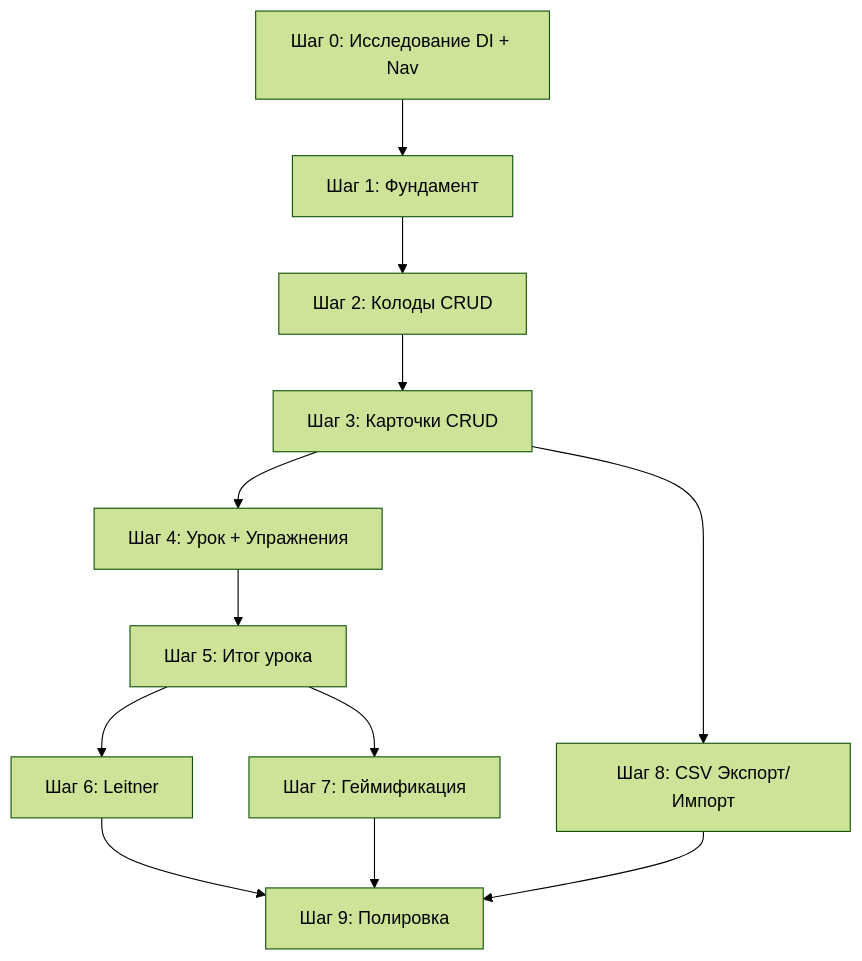
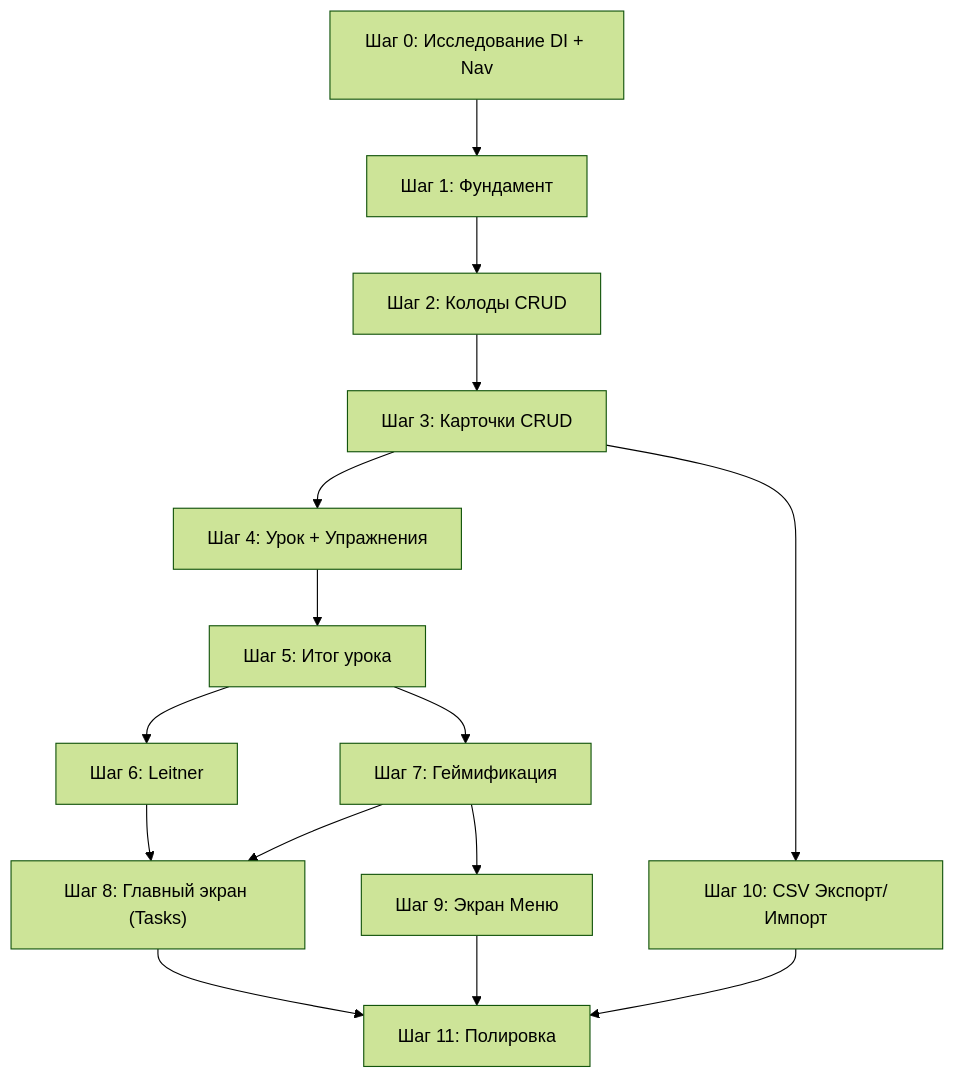
The second of 2 diagrams in docs/MASTER_PLAN.md (PavkaBrika/Repetrail-KMP), drawn with Mermaid (forest theme) before and after one commit. The commit also changed other lines of this file, not shown here.

````diff
--- a/docs/MASTER_PLAN.md
+++ b/docs/MASTER_PLAN.md
@@ -391,14 +511,17 @@
 ```mermaid
 flowchart TD
     S0["Шаг 0: Исследование DI + Nav"] --> S1["Шаг 1: Фундамент"]
     S1 --> S2["Шаг 2: Колоды CRUD"]
     S2 --> S3["Шаг 3: Карточки CRUD"]
     S3 --> S4["Шаг 4: Урок + Упражнения"]
     S4 --> S5["Шаг 5: Итог урока"]
     S5 --> S6["Шаг 6: Leitner"]
     S5 --> S7["Шаг 7: Геймификация"]
-    S3 --> S8["Шаг 8: CSV Экспорт/Импорт"]
-    S6 --> S9["Шаг 9: Полировка"]
-    S7 --> S9
-    S8 --> S9
+    S6 --> S8["Шаг 8: Главный экран (Tasks)"]
+    S7 --> S8
+    S7 --> S9["Шаг 9: Экран Меню"]
+    S3 --> S10["Шаг 10: CSV Экспорт/Импорт"]
+    S8 --> S11["Шаг 11: Полировка"]
+    S9 --> S11
+    S10 --> S11
 ```
````
